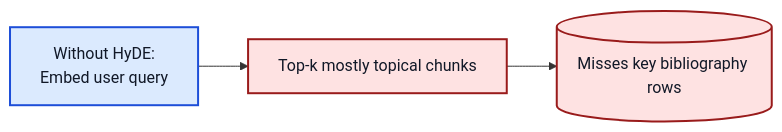
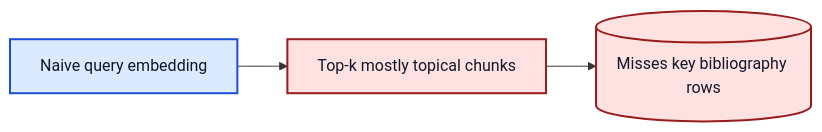
The first of 5 diagrams in slides.md (phiwi/chatbot), drawn with Mermaid before and after one commit. The commit also changed other lines of this file and 1 other file, not shown here.

````diff
--- a/slides.md
+++ b/slides.md
@@ -99,8 +254,8 @@
 ```mermaid
 flowchart LR
   classDef bad fill:#fee2e2,stroke:#991b1b,color:#111827,stroke-width:2px
   classDef q fill:#dbeafe,stroke:#1d4ed8,color:#111827,stroke-width:2px
 
-  Q1[Without HyDE:<br>Embed user query]:::q --> W1[Top-k mostly topical chunks]:::bad
+  Q1[Naive query embedding]:::q --> W1[Top-k mostly topical chunks]:::bad
   W1 --> D1[(Misses key bibliography rows)]:::bad
 ```
````
